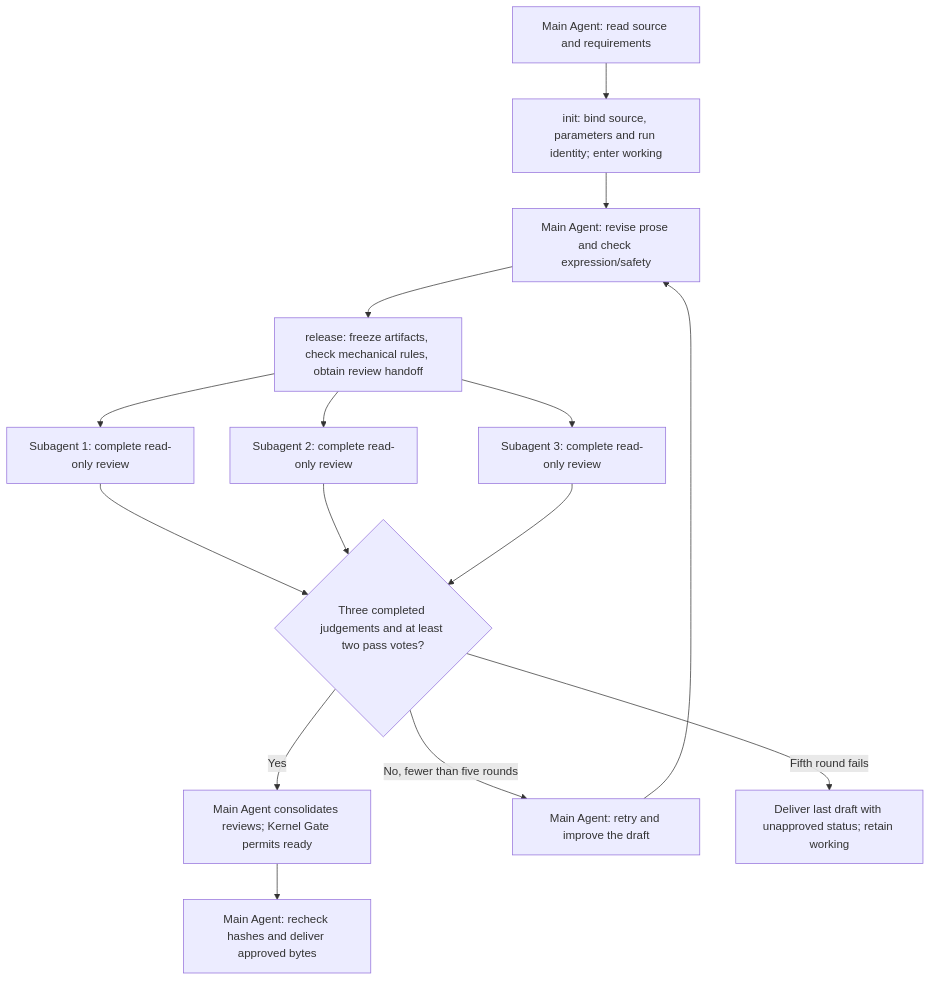
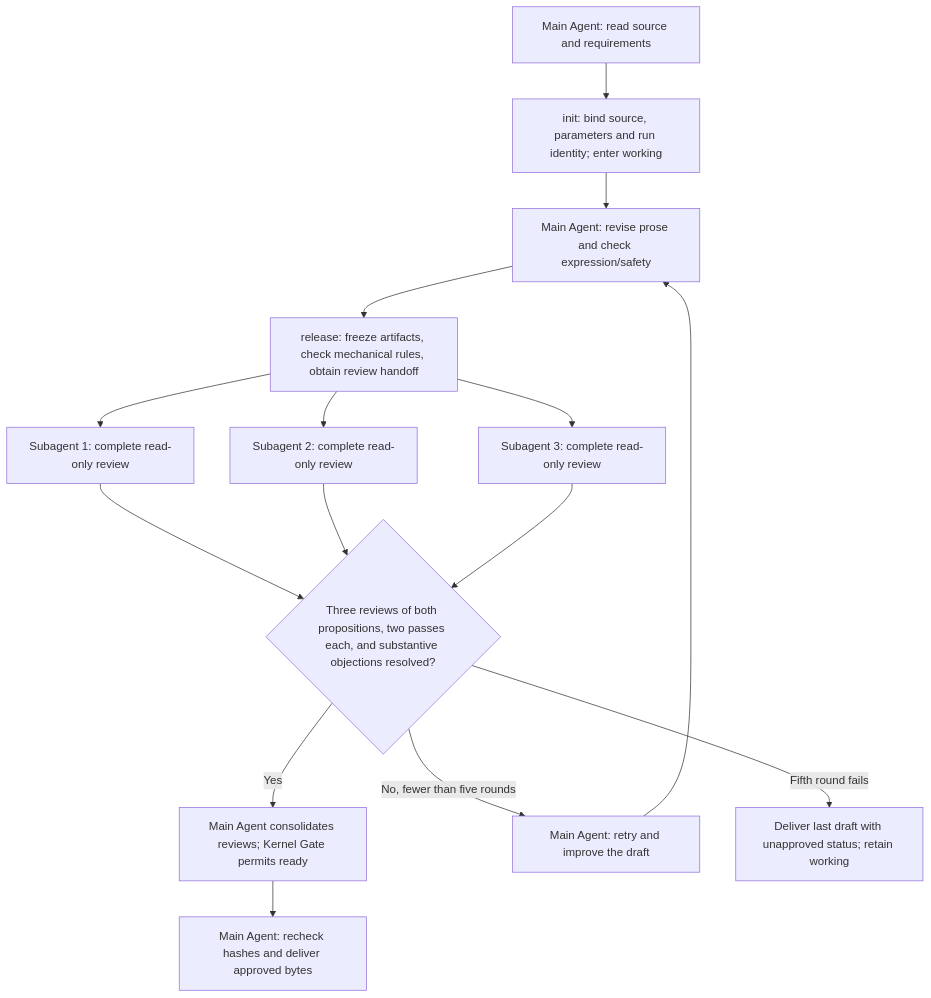
One commit to huangwb8/skills changed the diagram in skills/alpha/humanization/README_EN.md. Above: the diagram before and after it, drawn with Mermaid. The commit also changed other lines of this file and 57 other files, not shown here.

````diff
--- a/skills/alpha/humanization/README_EN.md
+++ b/skills/alpha/humanization/README_EN.md
@@ -36,17 +38,17 @@
 ```mermaid
 flowchart TD
     A["Main Agent: read source and requirements"] --> B["init: bind source, parameters and run identity; enter working"]
     B --> C["Main Agent: revise prose and check expression/safety"]
     C --> D["release: freeze artifacts, check mechanical rules, obtain review handoff"]
     D --> R1["Subagent 1: complete read-only review"]
     D --> R2["Subagent 2: complete read-only review"]
     D --> R3["Subagent 3: complete read-only review"]
-    R1 --> Q{"Three completed judgements and at least two pass votes?"}
+    R1 --> Q{"Three reviews of both propositions, two passes each, and substantive objections resolved?"}
     R2 --> Q
     R3 --> Q
     Q -->|Yes| G["Main Agent consolidates reviews; Kernel Gate permits ready"]
     G --> O["Main Agent: recheck hashes and deliver approved bytes"]
     Q -->|No, fewer than five rounds| E["Main Agent: retry and improve the draft"]
     E --> C
     Q -->|Fifth round fails| X["Deliver last draft with unapproved status; retain working"]
 ```
````
